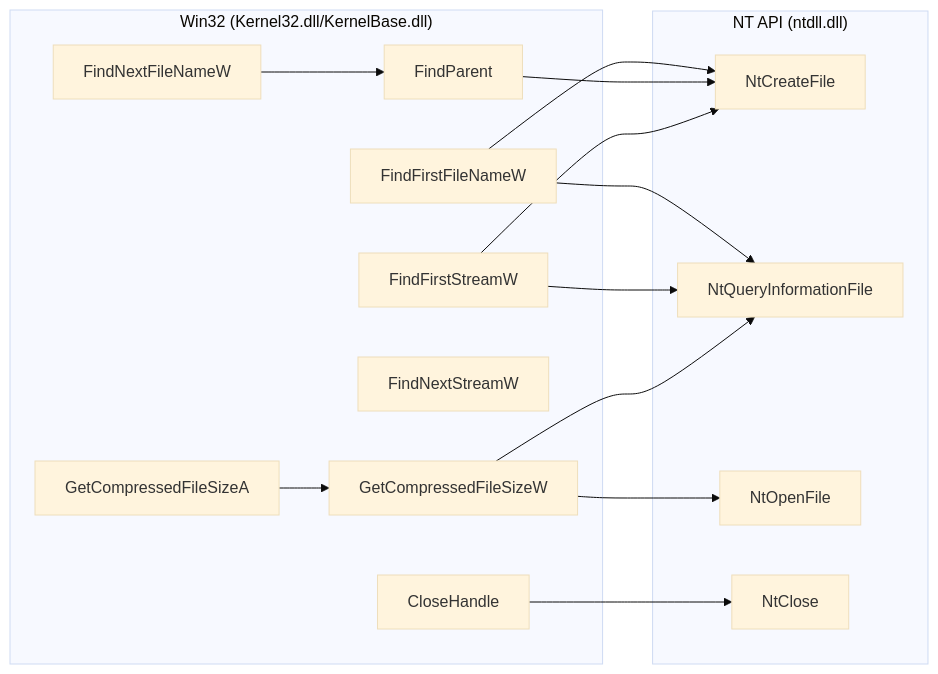
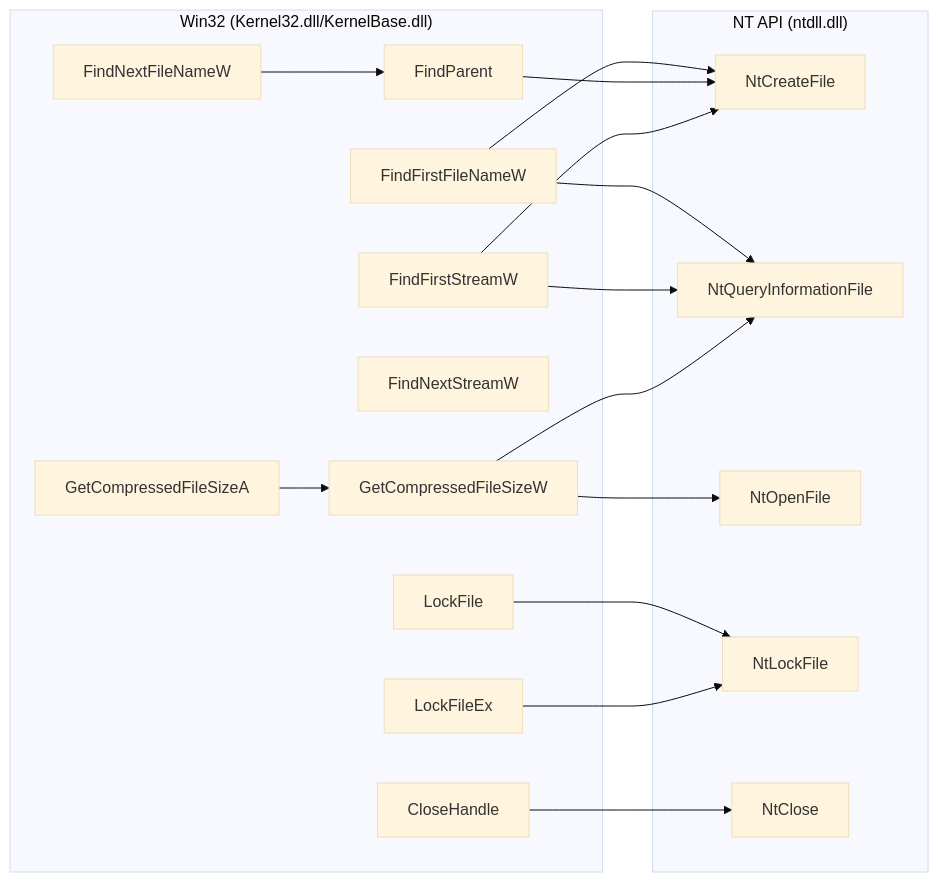
One commit to Sewer56/vfs-writeup changed the ninth of 9 diagrams in docs/index.md. Above: the diagram before and after it, drawn with Mermaid (base theme). The commit also changed other lines of this file, not shown here.

Commit message:
Added: LockFile & LockFileEx

````diff
--- a/docs/index.md
+++ b/docs/index.md
@@ -566,32 +566,37 @@
 ```mermaid
 flowchart LR
     subgraph Win32["Win32 (Kernel32.dll/KernelBase.dll)"]
     FindFirstFileNameW
     FindNextFileNameW
     FindParent
     FindFirstStreamW
     FindNextStreamW
     GetCompressedFileSizeA
     GetCompressedFileSizeW
+    LockFile
+    LockFileEx
     CloseHandle
 
     GetCompressedFileSizeA --> GetCompressedFileSizeW
     FindNextFileNameW --> FindParent
     end
 
     subgraph NT["NT API (ntdll.dll)"]
     NtCreateFile
     NtQueryInformationFile
     NtOpenFile
+    NtLockFile
     NtClose
 
     FindFirstFileNameW --> NtCreateFile
     FindFirstFileNameW --> NtQueryInformationFile
     FindParent --> NtCreateFile
     FindFirstStreamW --> NtCreateFile
     FindFirstStreamW --> NtQueryInformationFile
     GetCompressedFileSizeW --> NtOpenFile
     GetCompressedFileSizeW --> NtQueryInformationFile
+    LockFile --> NtLockFile
+    LockFileEx --> NtLockFile
     CloseHandle --> NtClose
     end
 ```
````
